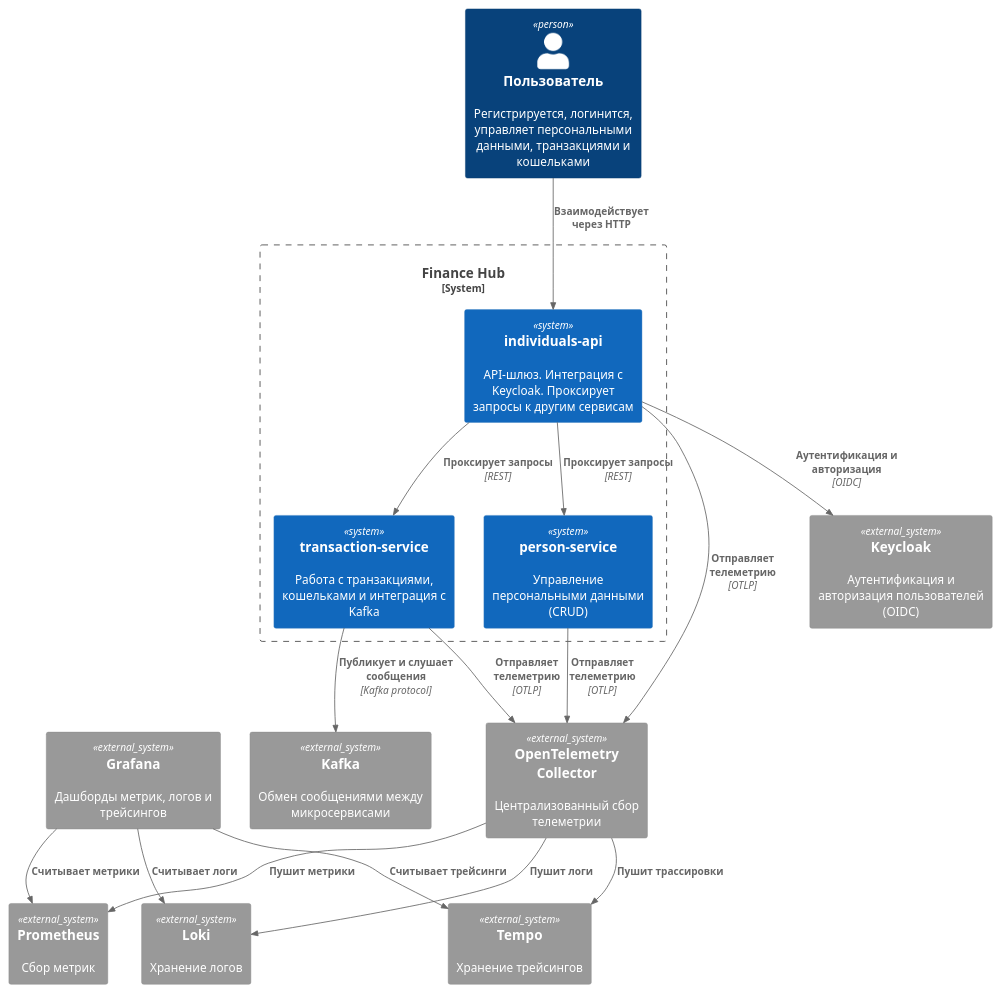
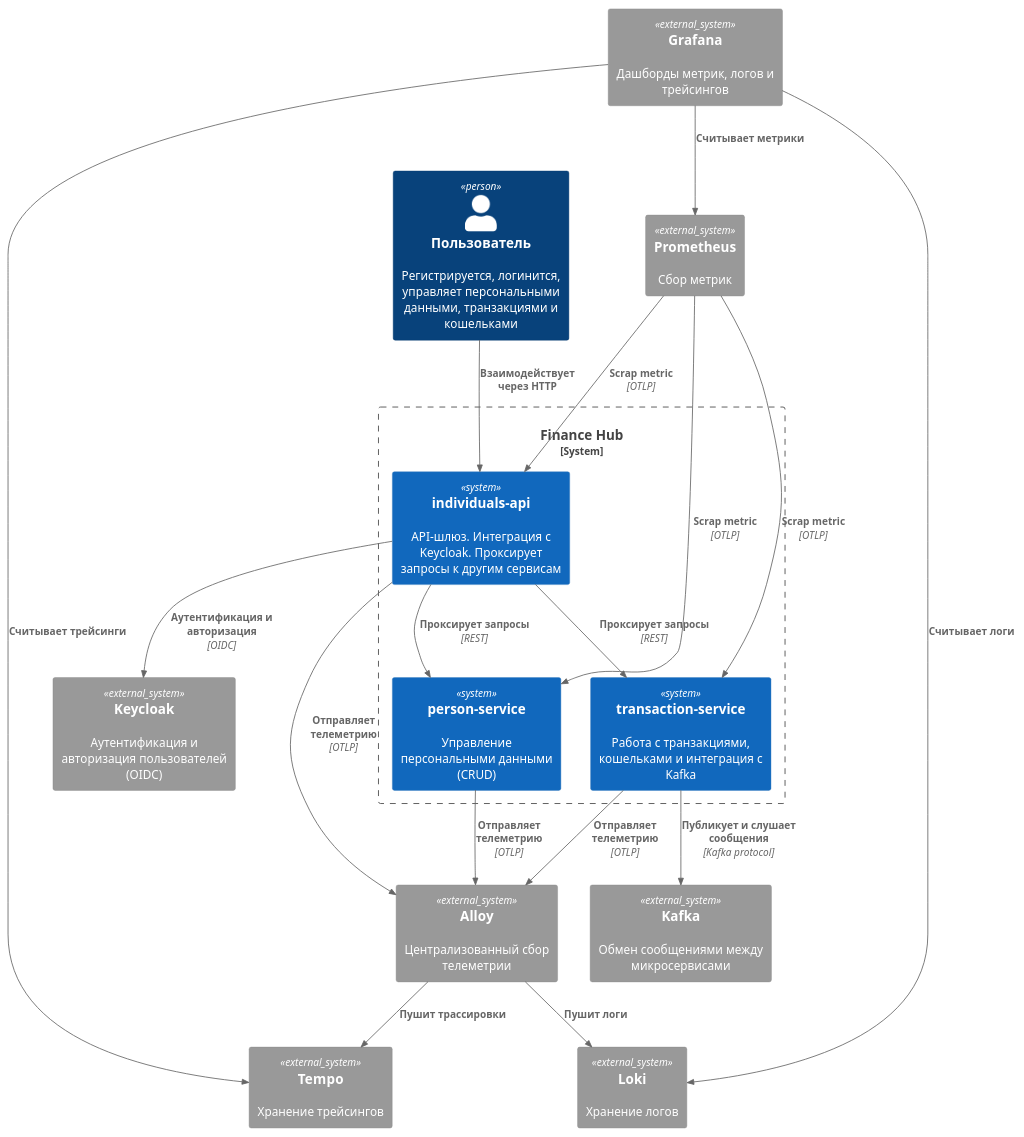
The diagram in diagram/С4-context.puml (maximsmv/finance-hub), drawn with PlantUML before and after one commit. The commit also changed 4 other files, not shown here.

Commit message:
Поправил диаграммы и README.md

```diff
--- a/diagram/С4-context.puml
+++ b/diagram/С4-context.puml
@@ -1,43 +1,47 @@
 @startuml
 !includeurl https://raw.githubusercontent.com/plantuml-stdlib/C4-PlantUML/master/C4_Context.puml
 LAYOUT_TOP_DOWN()
 
 ' Пользователь
 Person(user, "Пользователь", "Регистрируется, логинится, управляет персональными данными, транзакциями и кошельками")
 
 ' Система: Finance Hub
 System_Boundary(financehub, "Finance Hub") {
   System(individuals_api, "individuals-api", "API-шлюз. Интеграция с Keycloak. Проксирует запросы к другим сервисам")
   System(person_service, "person-service", "Управление персональными данными (CRUD)")
   System(transaction_service, "transaction-service", "Работа с транзакциями, кошельками и интеграция с Kafka")
 }
 
 ' Внешние системы
 System_Ext(keycloak, "Keycloak", "Аутентификация и авторизация пользователей (OIDC)")
 System_Ext(kafka, "Kafka", "Обмен сообщениями между микросервисами")
 System_Ext(prometheus, "Prometheus", "Сбор метрик")
 System_Ext(tempo, "Tempo", "Хранение трейсингов")
 System_Ext(loki, "Loki", "Хранение логов")
 System_Ext(grafana, "Grafana", "Дашборды метрик, логов и трейсингов")
-System_Ext(otel_collector, "OpenTelemetry Collector", "Централизованный сбор телеметрии")
+System_Ext(alloy, "Alloy", "Централизованный сбор телеметрии")
 
 ' Взаимодействия
 Rel(user, individuals_api, "Взаимодействует через HTTP")
 Rel(individuals_api, keycloak, "Аутентификация и авторизация", "OIDC")
 Rel(individuals_api, person_service, "Проксирует запросы", "REST")
 Rel(individuals_api, transaction_service, "Проксирует запросы", "REST")
 
 Rel(transaction_service, kafka, "Публикует и слушает сообщения", "Kafka protocol")
 
-Rel(person_service, otel_collector, "Отправляет телеметрию", "OTLP")
-Rel(individuals_api, otel_collector, "Отправляет телеметрию", "OTLP")
-Rel(transaction_service, otel_collector, "Отправляет телеметрию", "OTLP")
+Rel(prometheus, person_service, "Scrap metric", "OTLP")
+Rel(prometheus, individuals_api, "Scrap metric", "OTLP")
+Rel(prometheus, transaction_service, "Scrap metric", "OTLP")
 
-Rel(otel_collector, prometheus, "Пушит метрики")
-Rel(otel_collector, tempo, "Пушит трассировки")
-Rel(otel_collector, loki, "Пушит логи")
+Rel(person_service, alloy, "Отправляет телеметрию", "OTLP")
+Rel(individuals_api, alloy, "Отправляет телеметрию", "OTLP")
+Rel(transaction_service, alloy, "Отправляет телеметрию", "OTLP")
+
+
+Rel(alloy, tempo, "Пушит трассировки")
+Rel(alloy, loki, "Пушит логи")
 
 Rel(grafana, prometheus, "Считывает метрики")
 Rel(grafana, tempo, "Считывает трейсинги")
 Rel(grafana, loki, "Считывает логи")
 @enduml
```
